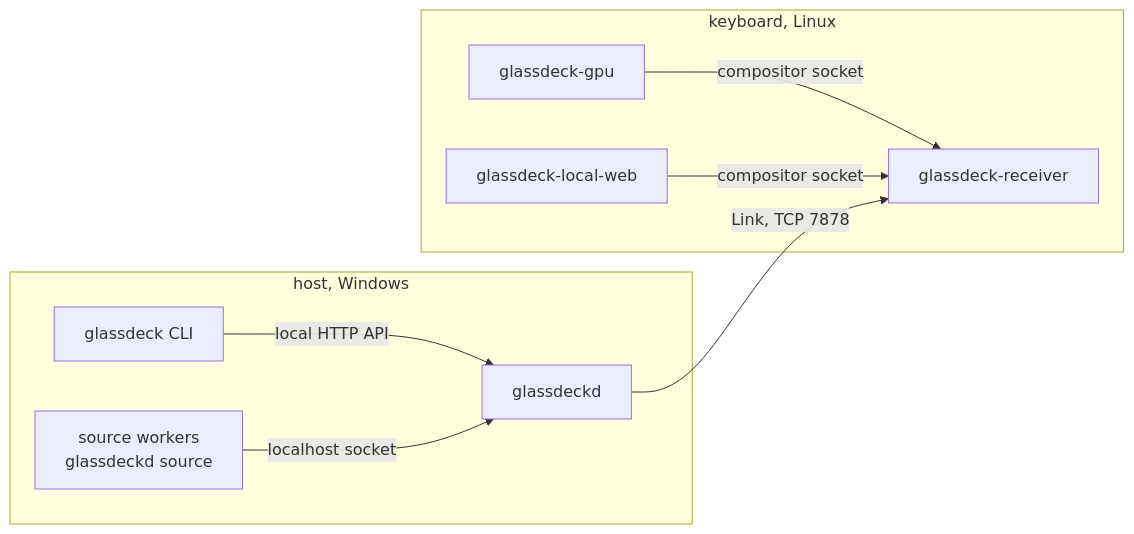
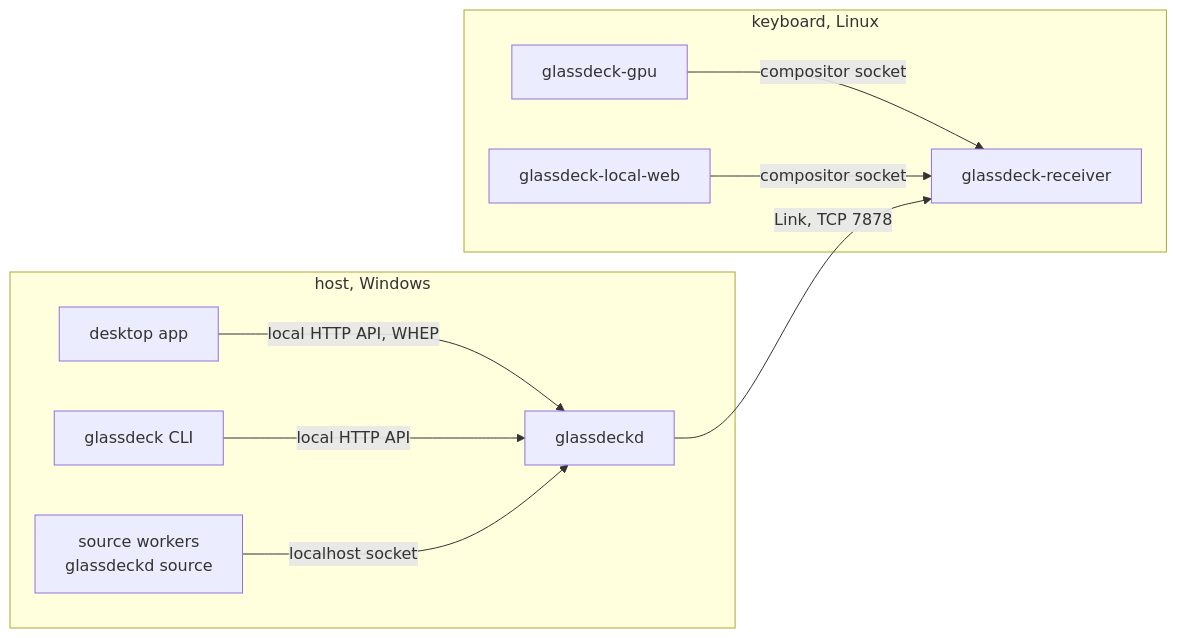
The diagram in README.md (TareHimself/glassdeck), drawn with Mermaid before and after one commit. The commit also changed other lines of this file and 22 other files, not shown here.

````diff
--- a/README.md
+++ b/README.md
@@ -23,13 +24,14 @@
 ```mermaid
 flowchart LR
   subgraph host [host, Windows]
-    cli[glassdeck CLI] -- local HTTP API --> d[glassdeckd]
+    app[desktop app] -- local HTTP API, WHEP --> d[glassdeckd]
+    cli[glassdeck CLI] -- local HTTP API --> d
     w[source workers<br/>glassdeckd source] -- localhost socket --> d
   end
   subgraph keyboard [keyboard, Linux]
     r[glassdeck-receiver]
     gpu[glassdeck-gpu] -- compositor socket --> r
     web[glassdeck-local-web] -- compositor socket --> r
   end
   d -- Link, TCP 7878 --> r
 ```
````
